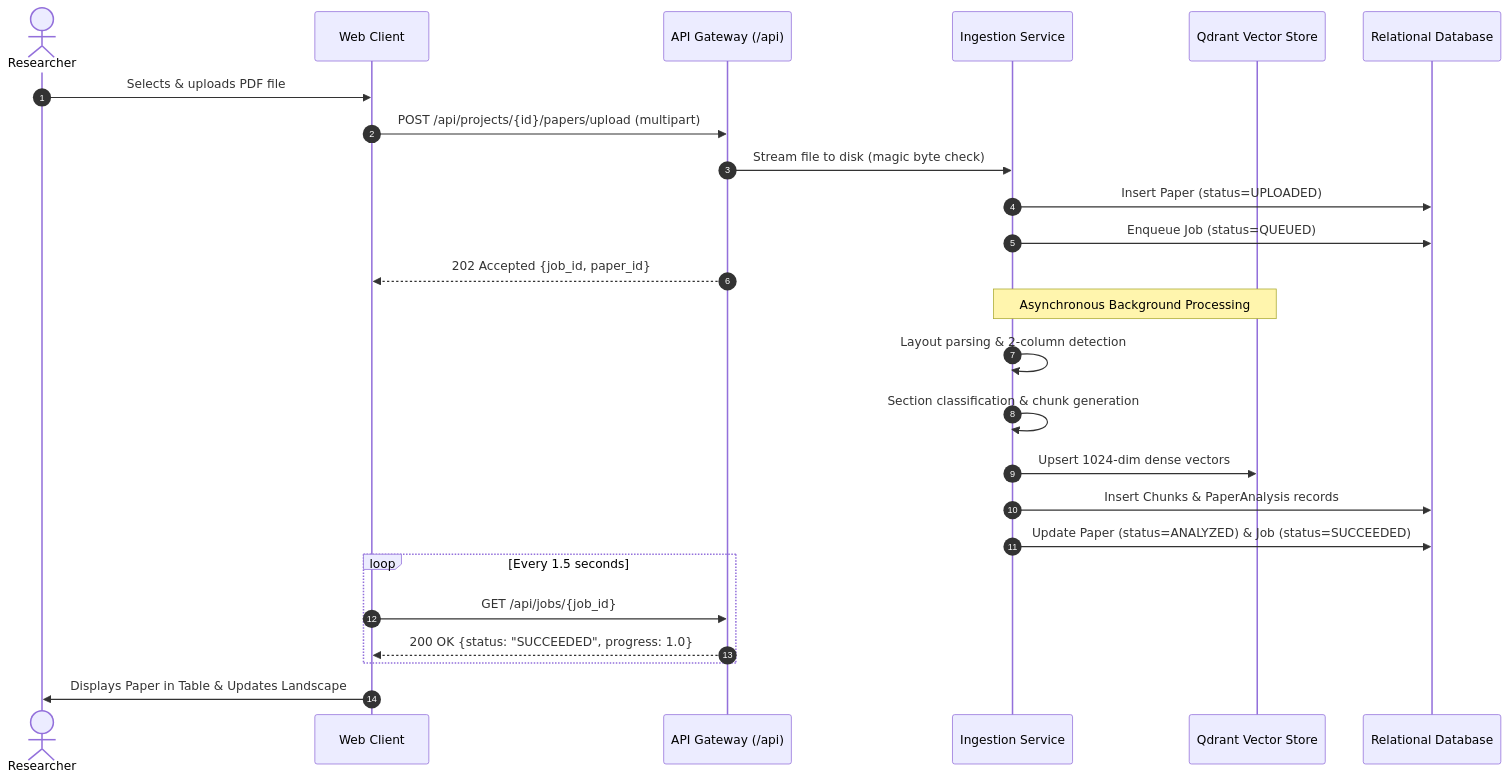
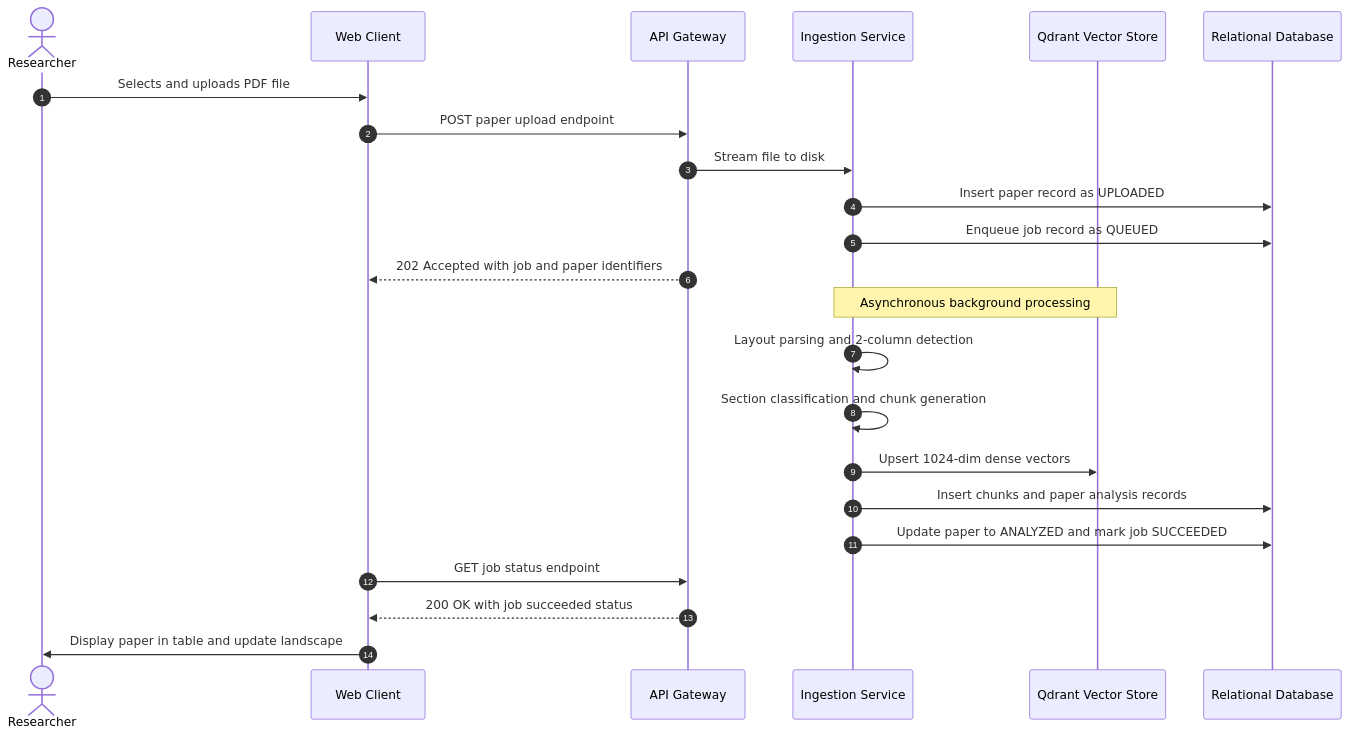
One commit to def-hrithik/AI_Research_Gap_Finder changed the fifth of 6 diagrams in SYSTEMARCHITECTURE.md. Above: the diagram before and after it, drawn with Mermaid. The commit also changed other lines of this file and 2 other files, not shown here.

Commit message:
docs(diagrams): fix GitHub Mermaid sequence parse errors

````diff
--- a/SYSTEMARCHITECTURE.md
+++ b/SYSTEMARCHITECTURE.md
@@ -316,30 +316,29 @@
 ```mermaid
 sequenceDiagram
     autonumber
+
     actor User as Researcher
     participant SPA as Web Client
-    participant Router as API Gateway (/api)
+    participant Router as API Gateway
     participant Ingest as Ingestion Service
     participant Qdrant as Qdrant Vector Store
     participant DB as Relational Database
 
-    User->>SPA: Selects & uploads PDF file
-    SPA->>Router: POST /api/projects/{id}/papers/upload (multipart)
-    Router->>Ingest: Stream file to disk (magic byte check)
-    Ingest->>DB: Insert Paper (status=UPLOADED)
-    Ingest->>DB: Enqueue Job (status=QUEUED)
-    Router-->>SPA: 202 Accepted {job_id, paper_id}
+    User->>SPA: Selects and uploads PDF file
+    SPA->>Router: POST paper upload endpoint
+    Router->>Ingest: Stream file to disk
+    Ingest->>DB: Insert paper record as UPLOADED
+    Ingest->>DB: Enqueue job record as QUEUED
+    Router-->>SPA: 202 Accepted with job and paper identifiers
 
-    Note over Ingest,Qdrant: Asynchronous Background Processing
-    Ingest->>Ingest: Layout parsing & 2-column detection
-    Ingest->>Ingest: Section classification & chunk generation
+    Note over Ingest,Qdrant: Asynchronous background processing
+    Ingest->>Ingest: Layout parsing and 2-column detection
+    Ingest->>Ingest: Section classification and chunk generation
     Ingest->>Qdrant: Upsert 1024-dim dense vectors
-    Ingest->>DB: Insert Chunks & PaperAnalysis records
-    Ingest->>DB: Update Paper (status=ANALYZED) & Job (status=SUCCEEDED)
+    Ingest->>DB: Insert chunks and paper analysis records
+    Ingest->>DB: Update paper to ANALYZED and mark job SUCCEEDED
 
-    loop Every 1.5 seconds
-        SPA->>Router: GET /api/jobs/{job_id}
-        Router-->>SPA: 200 OK {status: "SUCCEEDED", progress: 1.0}
-    end
-    SPA->>User: Displays Paper in Table & Updates Landscape
+    SPA->>Router: GET job status endpoint
+    Router-->>SPA: 200 OK with job succeeded status
+    SPA->>User: Display paper in table and update landscape
 ```
````
